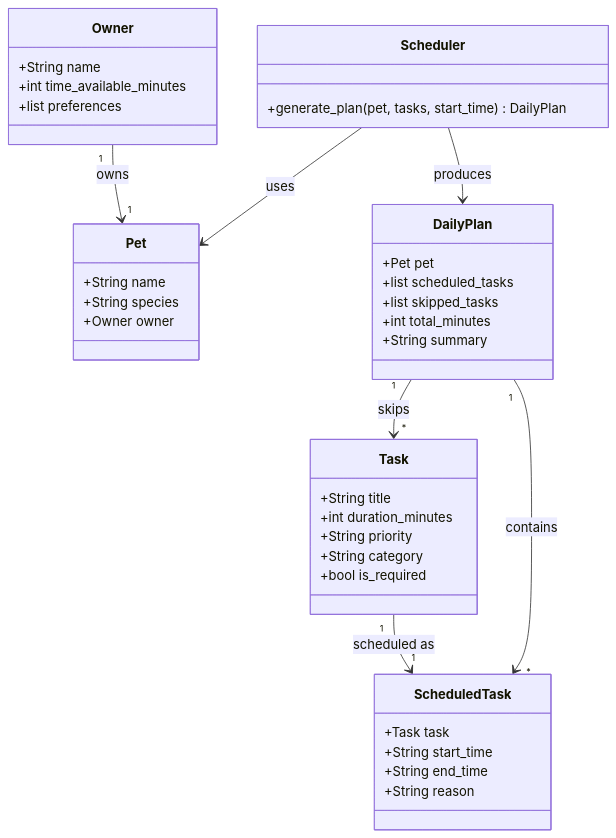
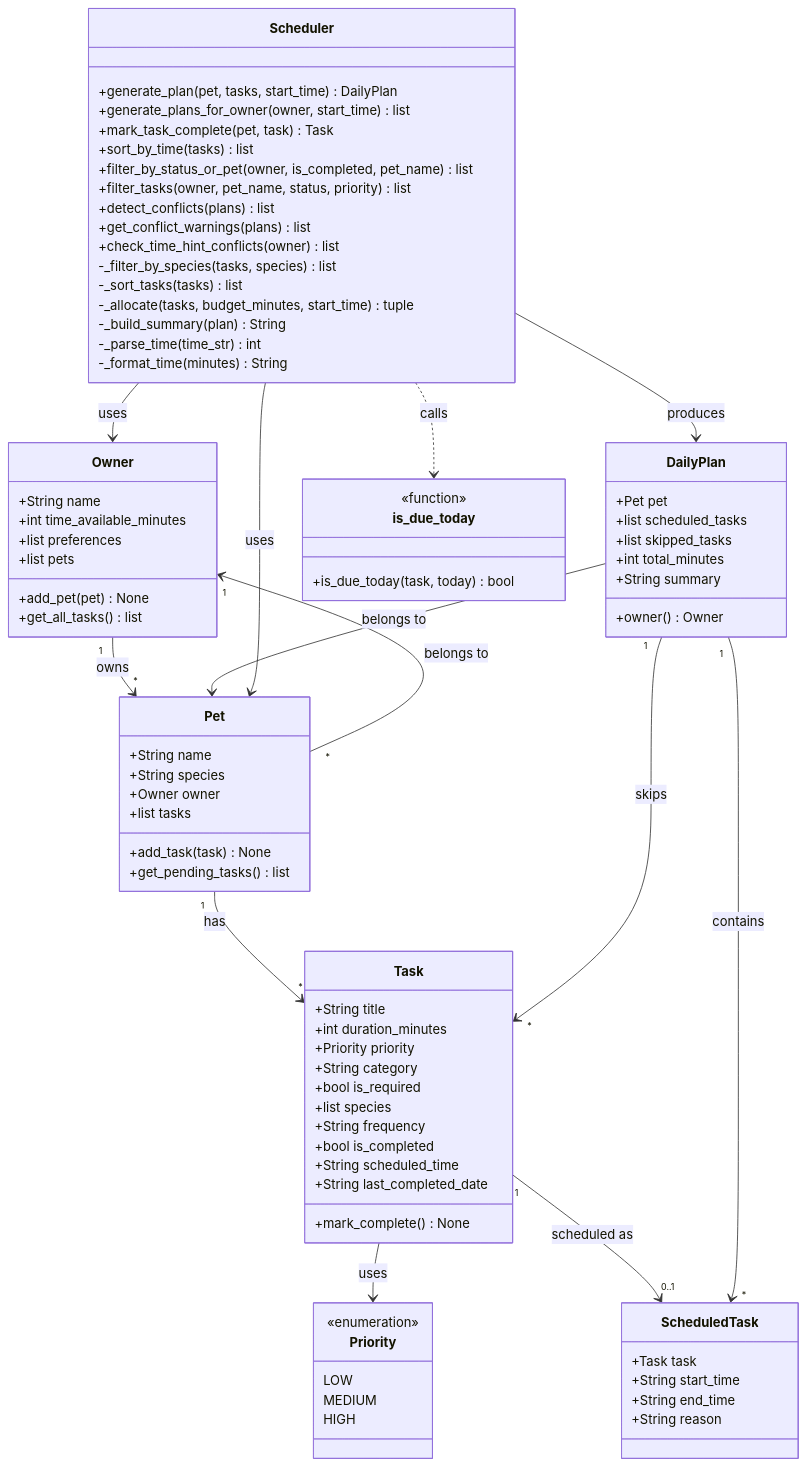
Before and after one commit to ronaldoflores9/applied-ai-system-project: the diagram in uml.md, drawn with Mermaid. The commit also changed 4 other files, not shown here.

Commit message:
feat: enhance README and reflection with detailed features and AI usage insights; update UML diagram for improved clarity and functionality

````diff
--- a/uml.md
+++ b/uml.md
@@ -3,23 +3,42 @@
 ```mermaid
 classDiagram
+    class Priority {
+        <<enumeration>>
+        LOW
+        MEDIUM
+        HIGH
+    }
+
     class Owner {
         +String name
         +int time_available_minutes
         +list preferences
+        +list pets
+        +add_pet(pet) None
+        +get_all_tasks() list
     }
 
     class Pet {
         +String name
         +String species
         +Owner owner
+        +list tasks
+        +add_task(task) None
+        +get_pending_tasks() list
     }
 
     class Task {
         +String title
         +int duration_minutes
-        +String priority
+        +Priority priority
         +String category
         +bool is_required
+        +list species
+        +String frequency
+        +bool is_completed
+        +String scheduled_time
+        +String last_completed_date
+        +mark_complete() None
     }
 
     class ScheduledTask {
@@ -35,16 +54,42 @@
         +list skipped_tasks
         +int total_minutes
         +String summary
+        +owner() Owner
     }
 
     class Scheduler {
         +generate_plan(pet, tasks, start_time) DailyPlan
+        +generate_plans_for_owner(owner, start_time) list
+        +mark_task_complete(pet, task) Task
+        +sort_by_time(tasks) list
+        +filter_by_status_or_pet(owner, is_completed, pet_name) list
+        +filter_tasks(owner, pet_name, status, priority) list
+        +detect_conflicts(plans) list
+        +get_conflict_warnings(plans) list
+        +check_time_hint_conflicts(owner) list
+        -_filter_by_species(tasks, species) list
+        -_sort_tasks(tasks) list
+        -_allocate(tasks, budget_minutes, start_time) tuple
+        -_build_summary(plan) String
+        -_parse_time(time_str) int
+        -_format_time(minutes) String
     }
 
-    Owner "1" --> "1" Pet : owns
-    Task "1" --> "1" ScheduledTask : scheduled as
+    class is_due_today {
+        <<function>>
+        +is_due_today(task, today) bool
+    }
+
+    Owner "1" --> "*" Pet : owns
+    Pet "1" --> "*" Task : has
+    Pet "*" --> "1" Owner : belongs to
+    Task --> Priority : uses
+    Task "1" --> "0..1" ScheduledTask : scheduled as
     DailyPlan "1" --> "*" ScheduledTask : contains
     DailyPlan "1" --> "*" Task : skips
+    DailyPlan --> Pet : belongs to
+    Scheduler --> Owner : uses
     Scheduler --> Pet : uses
     Scheduler --> DailyPlan : produces
+    Scheduler ..> is_due_today : calls
 ```
````
